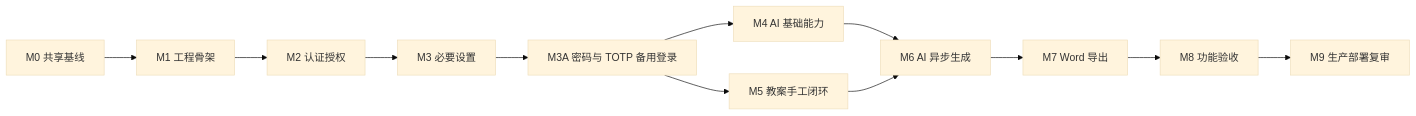
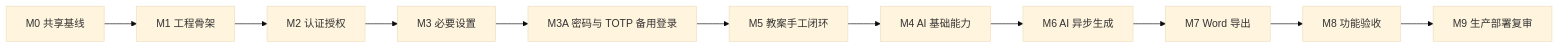
Before and after one commit to ywyz/child-manager: the diagram in docs/ROADMAP.md, drawn with Mermaid (base theme). The commit also changed other lines of this file and 11 other files, not shown here.

Commit message:
docs(roadmap): 固定手工教案优先路线

````diff
--- a/docs/ROADMAP.md
+++ b/docs/ROADMAP.md
@@ -109,14 +109,13 @@
 ```mermaid
 flowchart LR
     M0[M0 共享基线] --> M1[M1 工程骨架]
     M1 --> M2[M2 认证授权]
     M2 --> M3[M3 必要设置]
     M3 --> M3A[M3A 密码与 TOTP 备用登录]
-    M3A --> M4[M4 AI 基础能力]
     M3A --> M5[M5 教案手工闭环]
+    M5 --> M4[M4 AI 基础能力]
     M4 --> M6[M6 AI 异步生成]
-    M5 --> M6
     M6 --> M7[M7 Word 导出]
     M7 --> M8[M8 功能验收]
     M8 --> M9[M9 生产部署复审]
 ```
````
